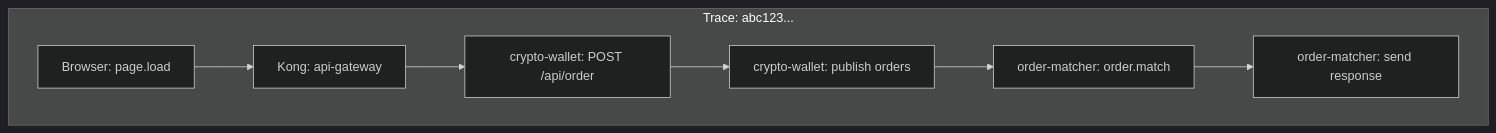
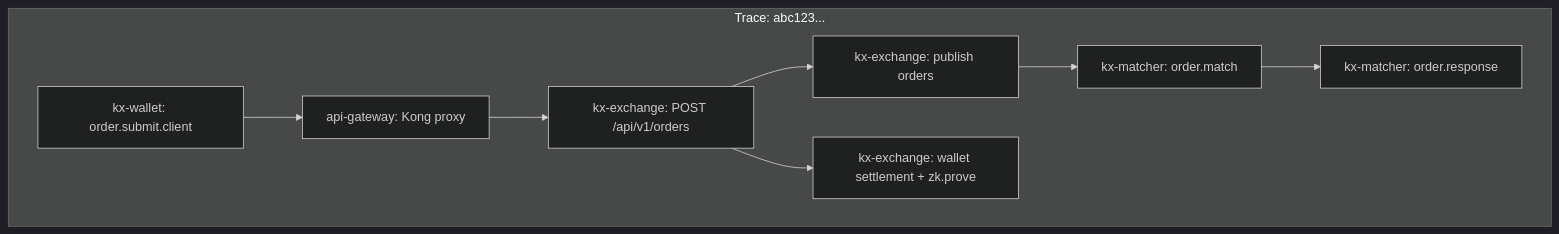
The second of 2 diagrams in docs/observability/01_OTEL_TRACING_GUIDE.md (MoebiusX/Krystaline), drawn with Mermaid (dark theme) before and after one commit. The commit also changed other lines of this file and 30 other files, not shown here.

````diff
--- a/docs/observability/01_OTEL_TRACING_GUIDE.md
+++ b/docs/observability/01_OTEL_TRACING_GUIDE.md
@@ -300,17 +350,19 @@
 ```mermaid
 flowchart TD
     subgraph "Trace: abc123..."
-        S1[Browser: page.load]
-        S2[Kong: api-gateway]
-        S3[crypto-wallet: POST /api/order]
-        S4[crypto-wallet: publish orders]
-        S5[order-matcher: order.match]
-        S6[order-matcher: send response]
+        S1[kx-wallet: order.submit.client]
+        S2[api-gateway: Kong proxy]
+        S3[kx-exchange: POST /api/v1/orders]
+        S4[kx-exchange: publish orders]
+        S5[kx-matcher: order.match]
+        S6[kx-matcher: order.response]
+        S7[kx-exchange: wallet settlement + zk.prove]
     end
     
     S1 --> S2
     S2 --> S3
     S3 --> S4
     S4 --> S5
     S5 --> S6
+    S3 --> S7
 ```
````
